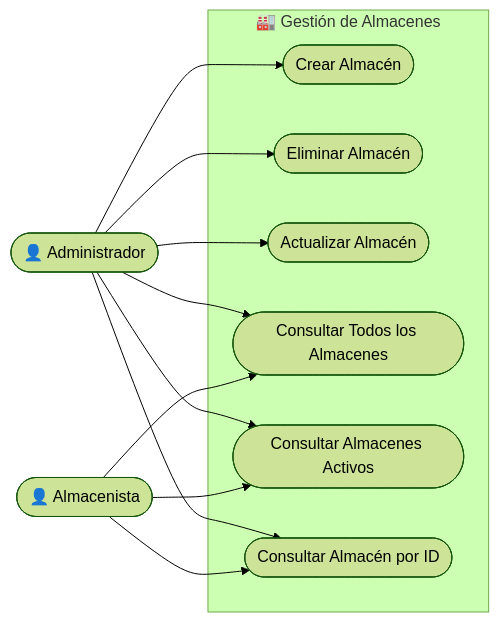
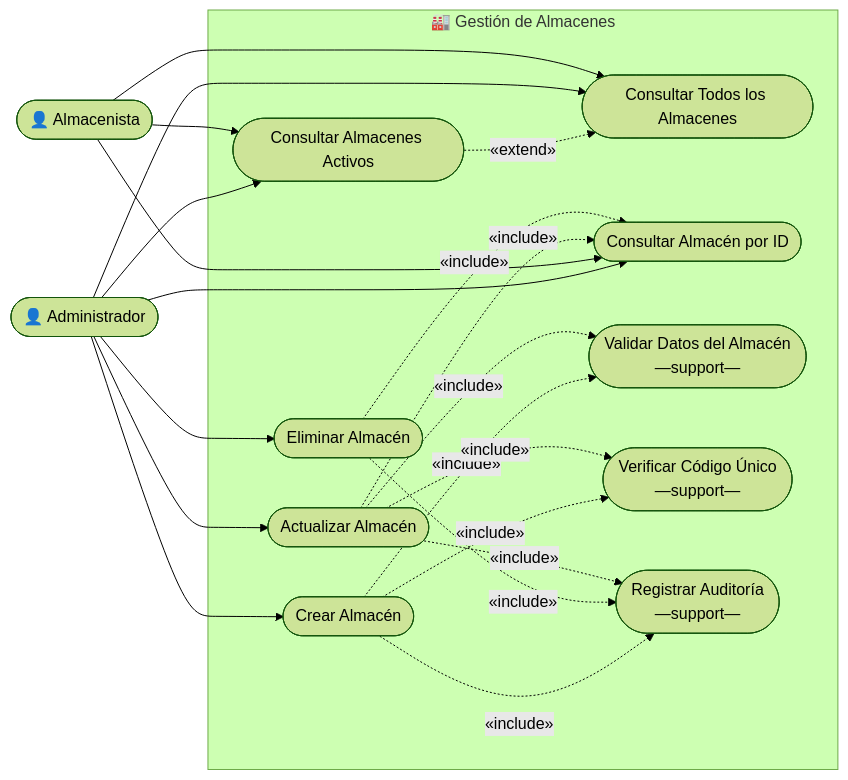
One commit to nahuk86/tp_diploma_nk_2026 changed the sixth of 11 diagrams in Documentation/UML_Diagrams/23_Use_Case_Diagrams.md. Above: the diagram before and after it, drawn with Mermaid (forest theme). The commit also changed other lines of this file, not shown here.

Commit message:
docs: add missing include/extend/uses relationships to UML use case diagrams

````diff
--- a/Documentation/UML_Diagrams/23_Use_Case_Diagrams.md
+++ b/Documentation/UML_Diagrams/23_Use_Case_Diagrams.md
@@ -193,24 +277,38 @@
 ```mermaid
 flowchart LR
     admin(["👤 Administrador"])
     almacenista(["👤 Almacenista"])
 
     subgraph WAREHOUSES["🏭 Gestión de Almacenes"]
         uc1(["Crear Almacén"])
         uc2(["Eliminar Almacén"])
         uc3(["Actualizar Almacén"])
         uc4(["Consultar Todos los Almacenes"])
         uc5(["Consultar Almacenes Activos"])
         uc6(["Consultar Almacén por ID"])
+        ucV(["Validar Datos del Almacén\n―support―"])
+        ucC(["Verificar Código Único\n―support―"])
+        ucA(["Registrar Auditoría\n―support―"])
+        uc5 -.->|"«extend»"| uc4
     end
 
     admin --> uc1
     admin --> uc2
     admin --> uc3
     admin --> uc4
     admin --> uc5
     admin --> uc6
     almacenista --> uc4
     almacenista --> uc5
     almacenista --> uc6
+
+    uc1 -.->|"«include»"| ucV
+    uc1 -.->|"«include»"| ucC
+    uc3 -.->|"«include»"| ucV
+    uc3 -.->|"«include»"| ucC
+    uc3 -.->|"«include»"| uc6
+    uc2 -.->|"«include»"| uc6
+    uc1 -.->|"«include»"| ucA
+    uc2 -.->|"«include»"| ucA
+    uc3 -.->|"«include»"| ucA
 ```
````
